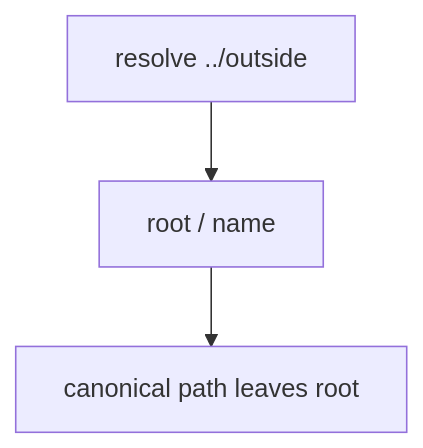
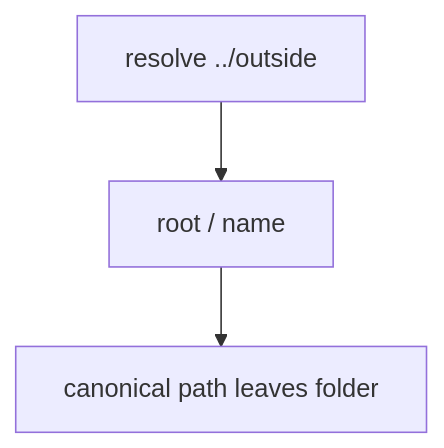
One commit to ishitvagoel/LearnSecurity changed the diagram in content/modules/6/6.4/lessons/03-break.md. Above: the diagram before and after it, drawn with Mermaid. The commit also changed other lines of this file and 55 other files, not shown here.

````diff
--- a/content/modules/6/6.4/lessons/03-break.md
+++ b/content/modules/6/6.4/lessons/03-break.md
@@ -17,5 +26,5 @@
 ```mermaid
 flowchart TD
   Call["resolve ../outside"] --> Join["root / name"]
-  Join --> Escapes["canonical path leaves root"]
+  Join --> Escapes["canonical path leaves folder"]
 ```
````
